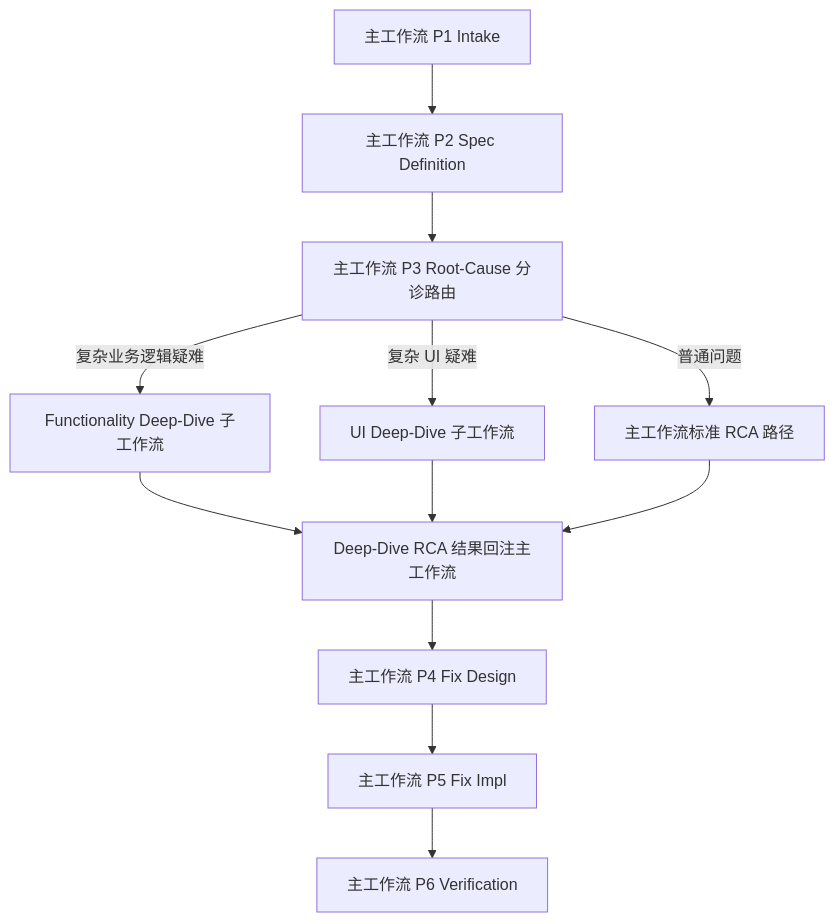
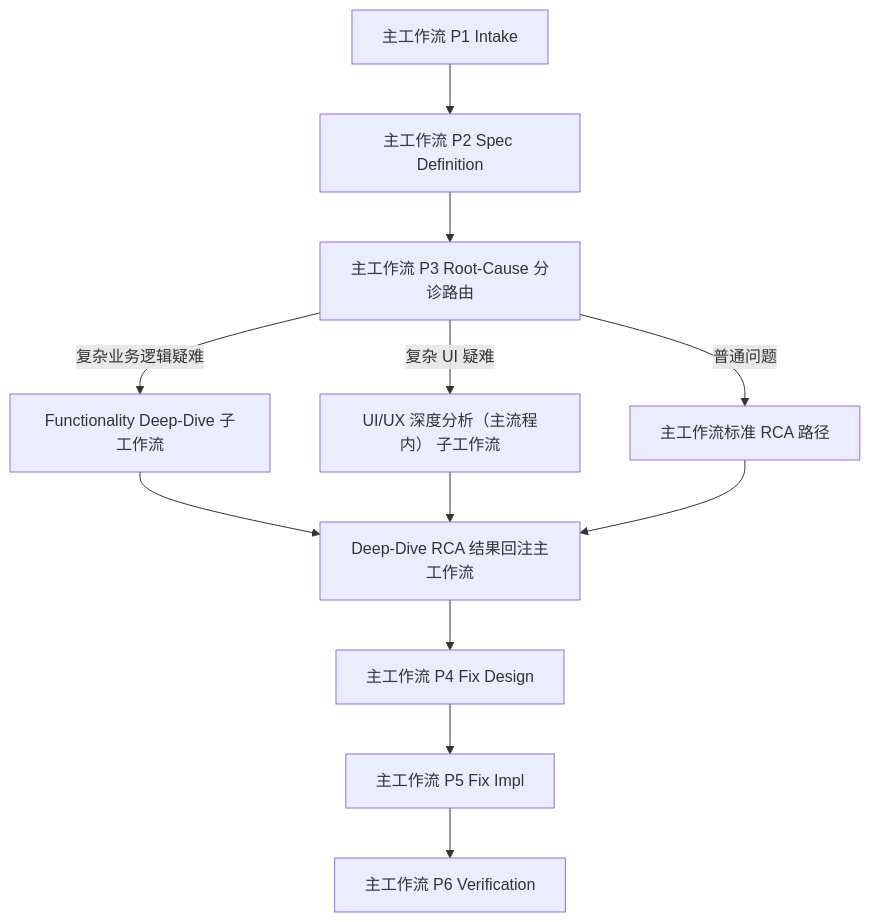
Before and after one commit to code-xs/Loupe: the first of 3 diagrams in doc/DEEP_DIVE_WORKFLOW_V3_ARCHITECTURE_PROPOSAL.md, drawn with Mermaid. The commit also changed other lines of this file and 43 other files, not shown here.

Commit message:
remove ui-deep-dive, improve workflow logic

````diff
--- a/doc/DEEP_DIVE_WORKFLOW_V3_ARCHITECTURE_PROPOSAL.md
+++ b/doc/DEEP_DIVE_WORKFLOW_V3_ARCHITECTURE_PROPOSAL.md
@@ -41,17 +41,17 @@
 ```mermaid
 flowchart TD
     A[主工作流 P1 Intake] --> B[主工作流 P2 Spec Definition]
     B --> C[主工作流 P3 Root-Cause 分诊路由]
 
     C -->|普通问题| D[主工作流标准 RCA 路径]
     C -->|复杂业务逻辑疑难| E[Functionality Deep-Dive 子工作流]
-    C -->|复杂 UI 疑难| F[UI Deep-Dive 子工作流]
+    C -->|复杂 UI 疑难| F[UI/UX 深度分析（主流程内） 子工作流]
 
     E --> G[Deep-Dive RCA 结果回注主工作流]
     F --> G
     D --> G
 
     G --> H[主工作流 P4 Fix Design]
     H --> I[主工作流 P5 Fix Impl]
     I --> J[主工作流 P6 Verification]
 ```
````
